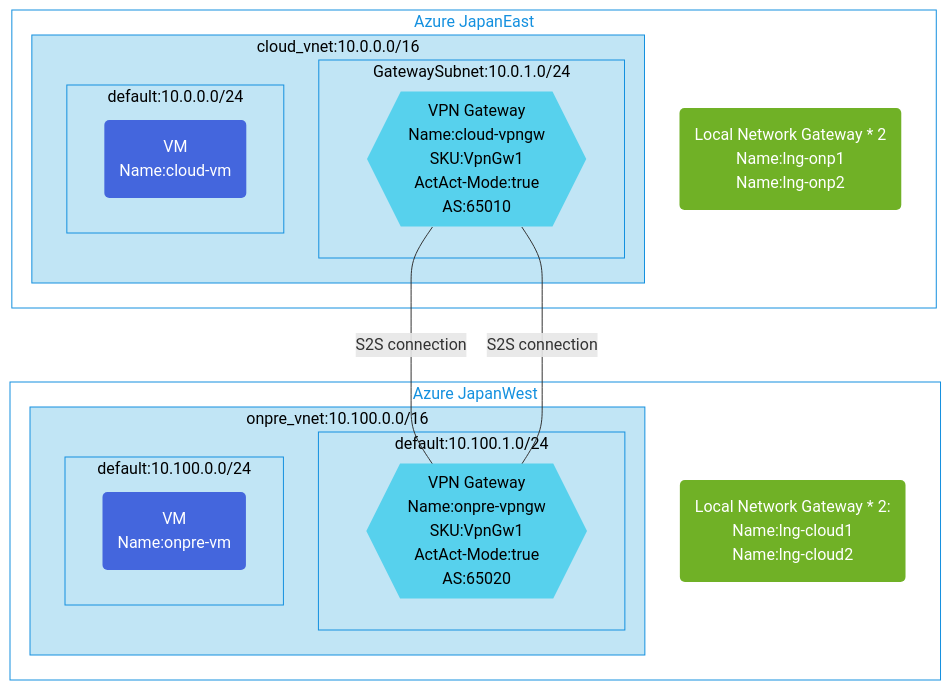
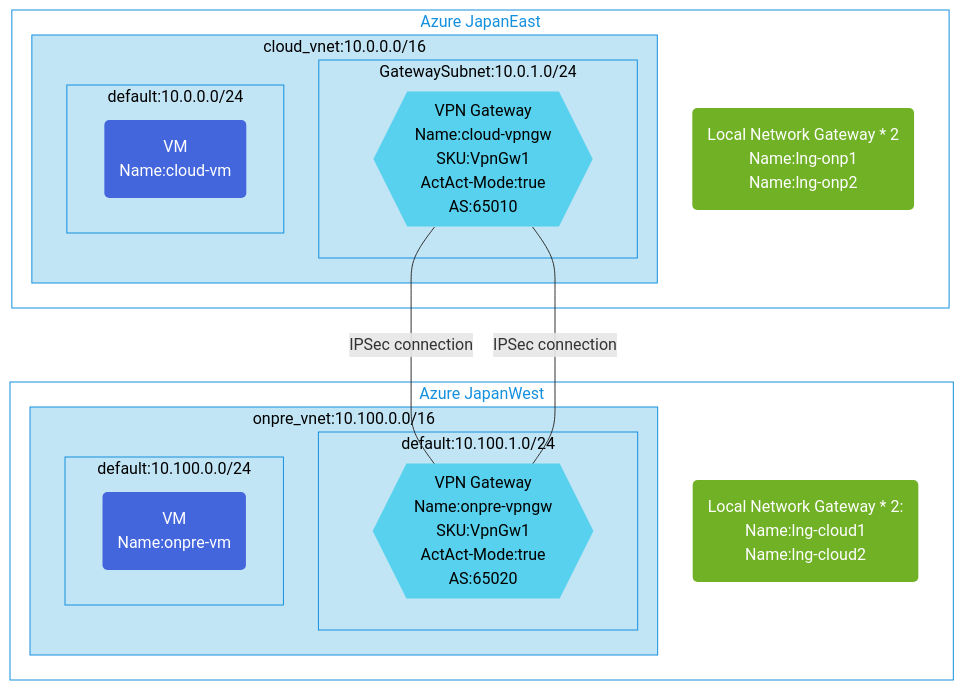
Before and after one commit to toizumi03/bicep-templates: the diagram in s2s-act-act-vpn-bgp-using-lngw-connction/README.md, drawn with Mermaid.

````diff
--- a/s2s-act-act-vpn-bgp-using-lngw-connction/README.md
+++ b/s2s-act-act-vpn-bgp-using-lngw-connction/README.md
@@ -3,51 +3,51 @@
 ```mermaid
 graph TB;
 %% Groups and Services
 subgraph GR2[Azure JapanWest]
   subgraph GV2[onpre_vnet:10.100.0.0/16]
      subgraph GVS4[default:10.100.1.0/24]
       VPNGW2{{"VPN Gateway<br/>Name:onpre-vpngw<br/>SKU:VpnGw1<br/>ActAct-Mode:true<br/>AS:65020"}}
     end
       subgraph GVS3[default:10.100.0.0/24]
         CP2("VM<br/>Name:onpre-vm")
     end
 end
     LNGW2("Local Network Gateway * 2: <br/>Name:lng-cloud1<br/>Name:lng-cloud2")
 end
 subgraph GR1[Azure JapanEast]
   subgraph GV1[cloud_vnet:10.0.0.0/16]
       subgraph GVS2[GatewaySubnet:10.0.1.0/24]
         VPNGW1{{"VPN Gateway<br/>Name:cloud-vpngw<br/>SKU:VpnGw1<br/>ActAct-Mode:true<br/>AS:65010"}}
       end
       subgraph GVS1[default:10.0.0.0/24]
         CP1("VM<br/>Name:cloud-vm")
       end
 end
     LNGW1("Local Network Gateway * 2<br/>Name:lng-onp1<br/>Name:lng-onp2")
 end
 
 %% Relation for resources
-VPNGW1 --S2S connection--- VPNGW2
-VPNGW1 --S2S connection--- VPNGW2
+VPNGW1 --IPSec connection--- VPNGW2
+VPNGW1 --IPSec connection--- VPNGW2
 
 %% Groups style
 classDef GSR fill:#fff,color:#1490df,stroke:#1490df
 class GR1,GR2 GSR
 
 classDef SGV1 fill:#c1e5f5,color:#000,stroke:#1490df
 class GV1,GVS1,GVS2,GVS3,GVS4 SGV1
 
 classDef SGV2 fill:#c1e5f5,color:#000,stroke:#1490df
 class GV2 SGV2
  
 %% Service Style
 classDef SCP fill:#4466dd,color:#fff,stroke:none
 class CP1,CP2 SCP
 
 classDef SVPNGW fill:#57d1ed,color:#000,stroke:none
 class VPNGW1,VPNGW2 SVPNGW
 
 classDef SLNGW fill:#70b126,color:#fff,stroke:none
 class LNGW1,LNGW2 SLNGW
 
 ```
````
